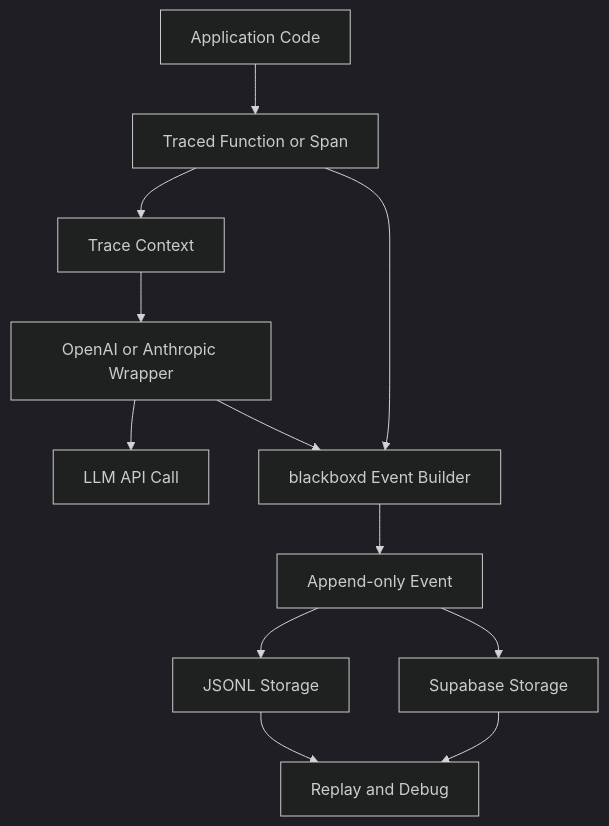
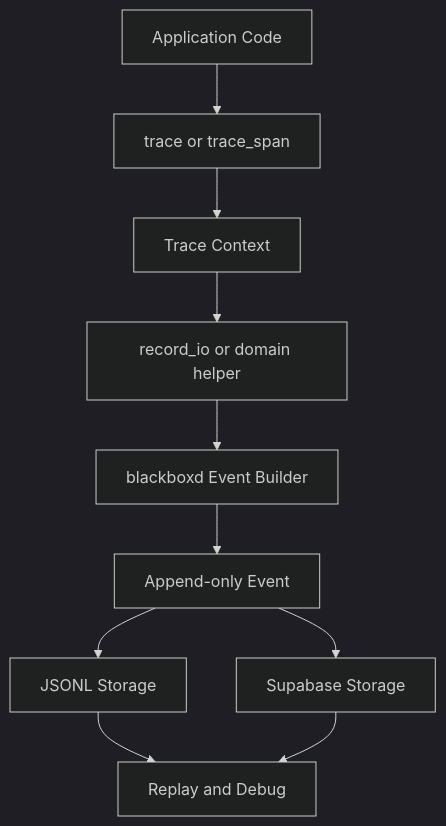
Before and after one commit to yukinagae/blackboxd: the diagram in README.md, drawn with Mermaid (dark theme). The commit also changed other lines of this file and 7 other files, not shown here.

````diff
--- a/README.md
+++ b/README.md
@@ -48,14 +50,12 @@
 ```mermaid
 flowchart TD
-    A[Application Code] --> B[Traced Function or Span]
+    A[Application Code] --> B[trace or trace_span]
     B --> C[Trace Context]
-    C --> D[OpenAI or Anthropic Wrapper]
-    D --> E[LLM API Call]
-    D --> F[blackboxd Event Builder]
-    B --> F
-    F --> G[Append-only Event]
-    G --> H[JSONL Storage]
-    G --> I[Supabase Storage]
-    H --> J[Replay and Debug]
-    I --> J
+    C --> D[record_io or domain helper]
+    D --> E[blackboxd Event Builder]
+    E --> F[Append-only Event]
+    F --> G[JSONL Storage]
+    F --> H[Supabase Storage]
+    G --> I[Replay and Debug]
+    H --> I
 ```
````
